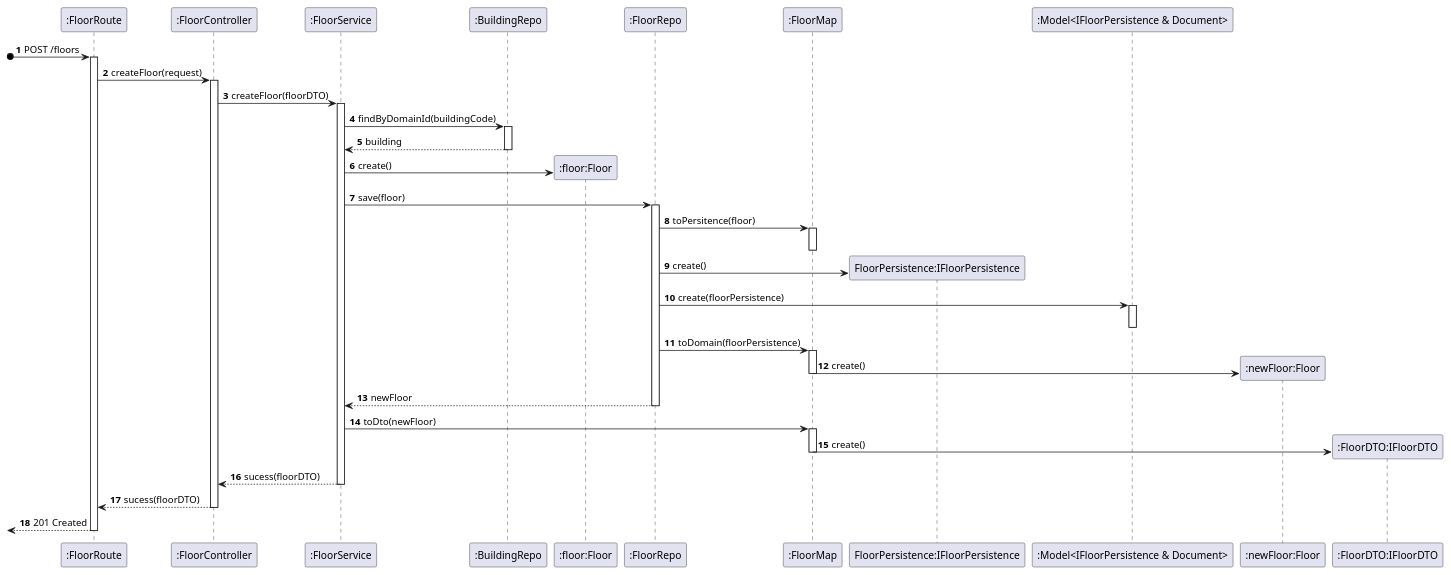
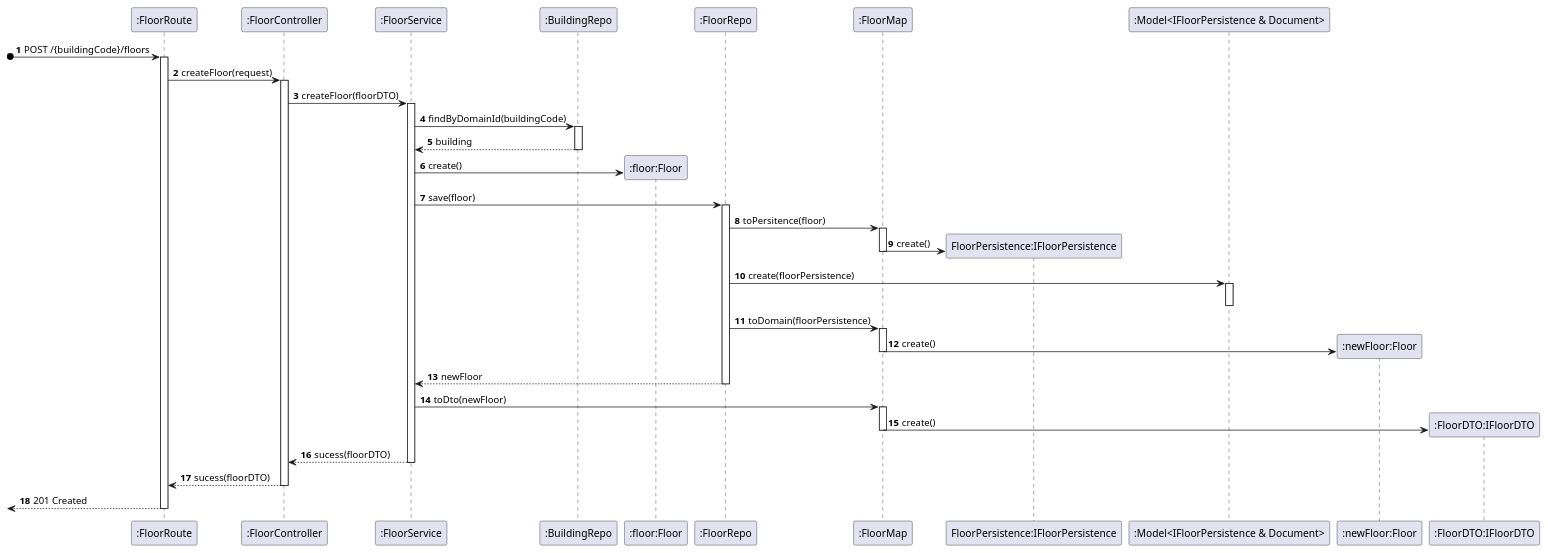
The diagram in _wiki/sprint-a/us05-190/views/level-3/process-view.puml (miseEnPlace-dev/lapr5), drawn with PlantUML before and after one commit. The commit also changed 2 other files, not shown here.

Commit message:
docs(us190): fix route name on all views

```diff
--- a/_wiki/sprint-a/us05-190/views/level-3/process-view.puml
+++ b/_wiki/sprint-a/us05-190/views/level-3/process-view.puml
@@ -1,53 +1,53 @@
 @startuml process-view
 autonumber
 participant ROUTE as ":FloorRoute"
 participant CTRL as ":FloorController"
 participant SRV as ":FloorService"
 participant REPOBUILDING as ":BuildingRepo"
 participant FLOOR as ":floor:Floor"
 participant REPO as ":FloorRepo"
 participant MAP as ":FloorMap"
 participant PERS as "FloorPersistence:IFloorPersistence"
 participant MODEL as ":Model<IFloorPersistence & Document>"
 participant NBUILD as ":newFloor:Floor"
 participant DTO as ":FloorDTO:IFloorDTO"
 
-?o-> ROUTE : POST /floors
+?o-> ROUTE : POST /{buildingCode}/floors
 activate ROUTE
 
 ROUTE -> CTRL : createFloor(request)
 activate CTRL
 CTRL -> SRV : createFloor(floorDTO)
 activate SRV
 SRV -> REPOBUILDING : findByDomainId(buildingCode)
 activate REPOBUILDING
 REPOBUILDING --> SRV : building
 deactivate REPOBUILDING
 SRV -> FLOOR** : create()
 SRV -> REPO : save(floor)
 activate REPO
 REPO -> MAP : toPersitence(floor)
 activate MAP
+MAP -> PERS** : create()
 deactivate MAP
-REPO -> PERS** : create()
 REPO -> MODEL : create(floorPersistence)
 activate MODEL
 deactivate MODEL
 REPO -> MAP : toDomain(floorPersistence)
 activate MAP
 MAP -> NBUILD** : create()
 deactivate MAP
 REPO --> SRV : newFloor
 deactivate REPO
 SRV -> MAP : toDto(newFloor)
 activate MAP
 MAP -> DTO** : create()
 deactivate MAP
 SRV --> CTRL : sucess(floorDTO)
 deactivate SRV
 CTRL --> ROUTE : sucess(floorDTO)
 deactivate CTRL
 <-- ROUTE : 201 Created
 deactivate ROUTE
 
 @enduml
```
